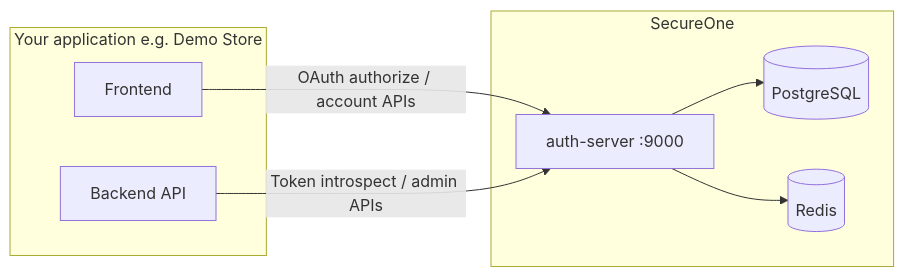
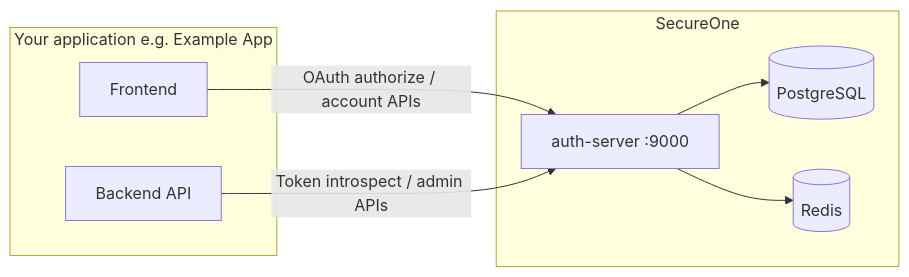
Before and after one commit to DTAVS0108/secureon: the diagram in docs/22-operator-getting-started.md, drawn with Mermaid. The commit also changed other lines of this file and 321 other files, not shown here.

````diff
--- a/docs/22-operator-getting-started.md
+++ b/docs/22-operator-getting-started.md
@@ -176,16 +176,16 @@
 ```mermaid
 flowchart LR
-  subgraph your_app [Your application e.g. Demo Store]
+  subgraph your_app [Your application e.g. Example App]
     FE[Frontend]
     BE[Backend API]
   end
   subgraph secureone [SecureOne]
     AS[auth-server :9000]
     DB[(PostgreSQL)]
     RD[(Redis)]
   end
   FE -->|OAuth authorize / account APIs| AS
   BE -->|Token introspect / admin APIs| AS
   AS --> DB
   AS --> RD
 ```
````
